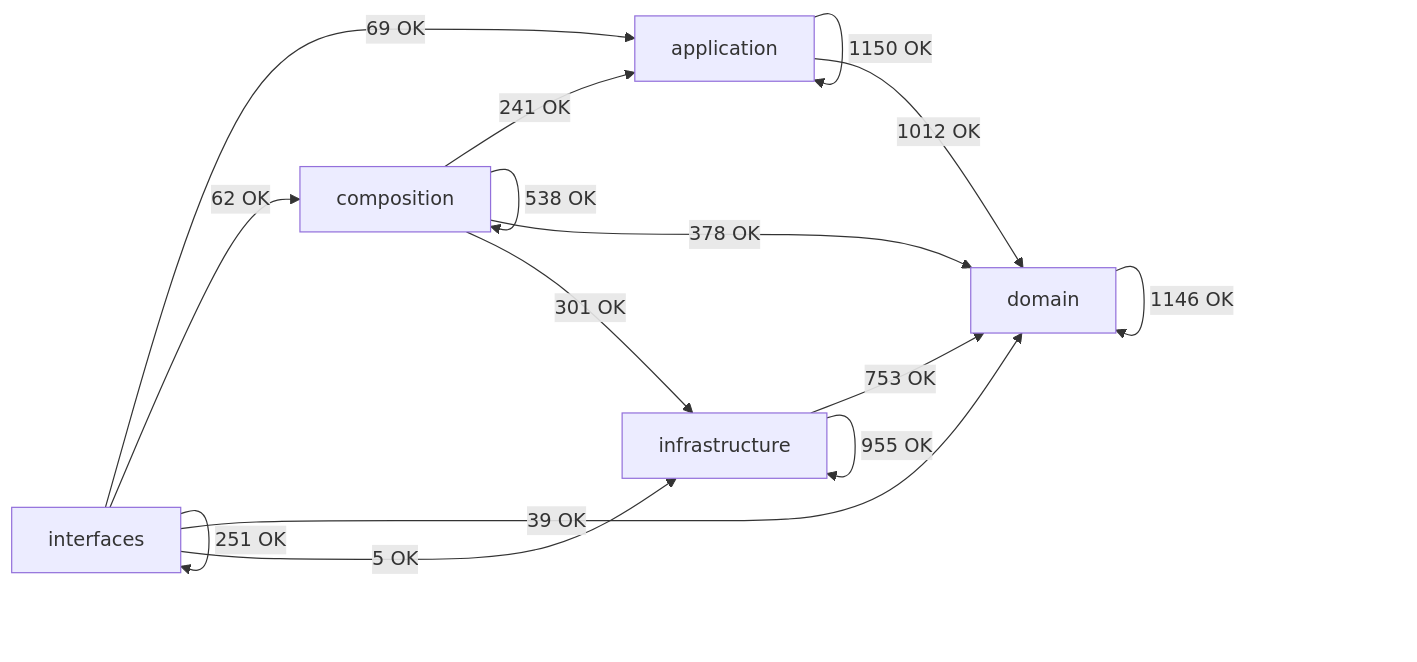
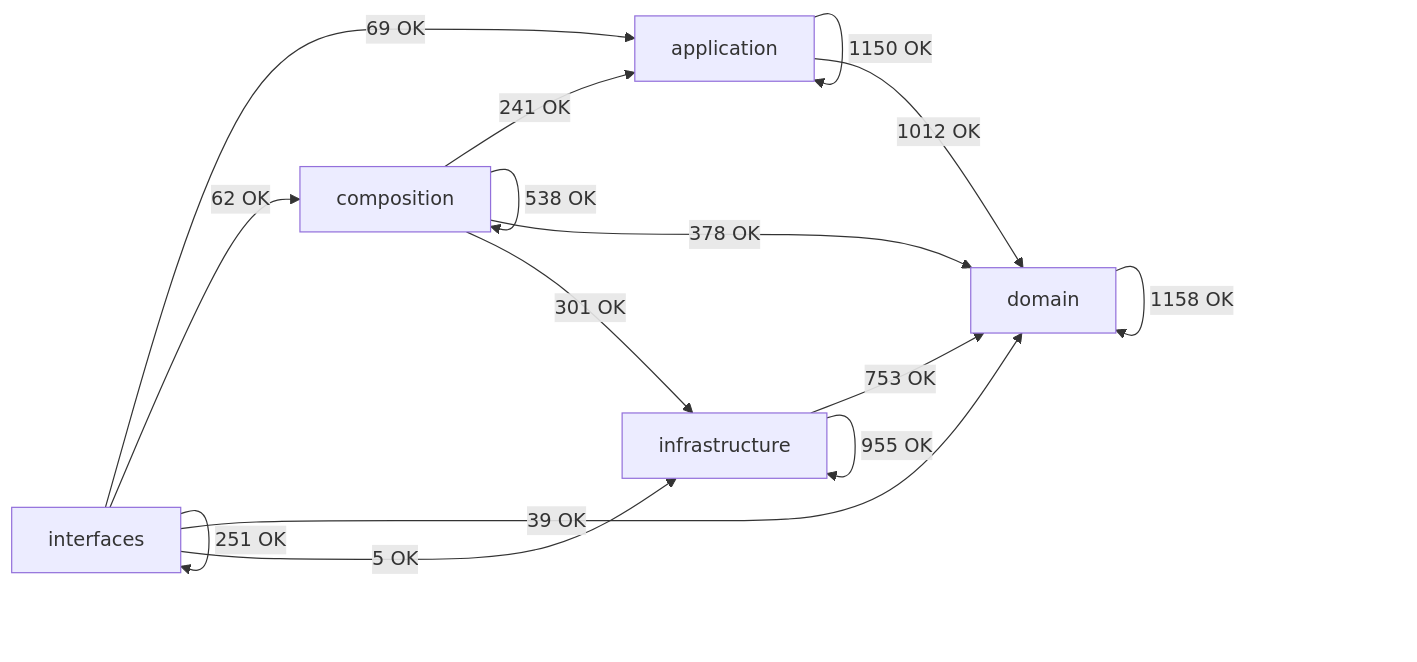
Before and after one commit to SatoryKono/BioactivityDataAcquisition: the diagram in docs/02-architecture/generated/module-dependency-map.md, drawn with Mermaid. The commit also changed other lines of this file and 63 other files, not shown here.

````diff
--- a/docs/02-architecture/generated/module-dependency-map.md
+++ b/docs/02-architecture/generated/module-dependency-map.md
@@ -17,22 +17,22 @@
 ```mermaid
 flowchart LR
     domain[domain]
     application[application]
     infrastructure[infrastructure]
     composition[composition]
     interfaces[interfaces]
     application -->|1150 OK| application
     application -->|1012 OK| domain
     composition -->|241 OK| application
     composition -->|538 OK| composition
     composition -->|378 OK| domain
     composition -->|301 OK| infrastructure
-    domain -->|1146 OK| domain
+    domain -->|1158 OK| domain
     infrastructure -->|753 OK| domain
     infrastructure -->|955 OK| infrastructure
     interfaces -->|69 OK| application
     interfaces -->|62 OK| composition
     interfaces -->|39 OK| domain
     interfaces -->|5 OK| infrastructure
     interfaces -->|251 OK| interfaces
 ```
````
